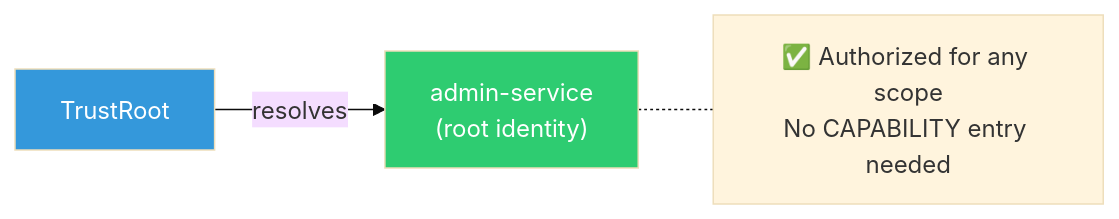
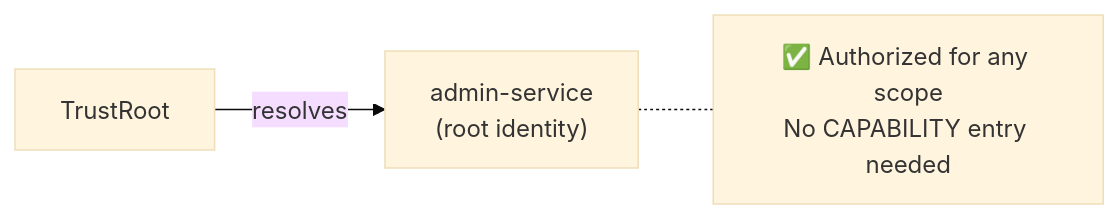
Before and after one commit to cyfko/veridot: the first of 5 diagrams in docs/docs/learn/capabilities.md, drawn with Mermaid (base theme). The commit also changed other lines of this file and 25 other files, not shown here.

First line of the commit message:
style: remove colorful fill styles from Mermaid diagrams

````diff
--- a/docs/docs/learn/capabilities.md
+++ b/docs/docs/learn/capabilities.md
@@ -27,8 +27,6 @@
 ```mermaid
 graph LR
     TR["TrustRoot"] -->|"resolves"| ADMIN["admin-service<br/>(root identity)"]
     ADMIN -.- NOTE["✅ Authorized for any scope<br/>No CAPABILITY entry needed"]
 
-    style TR fill:#3498db,color:#fff
-    style ADMIN fill:#2ecc71,color:#fff
 ```
````
